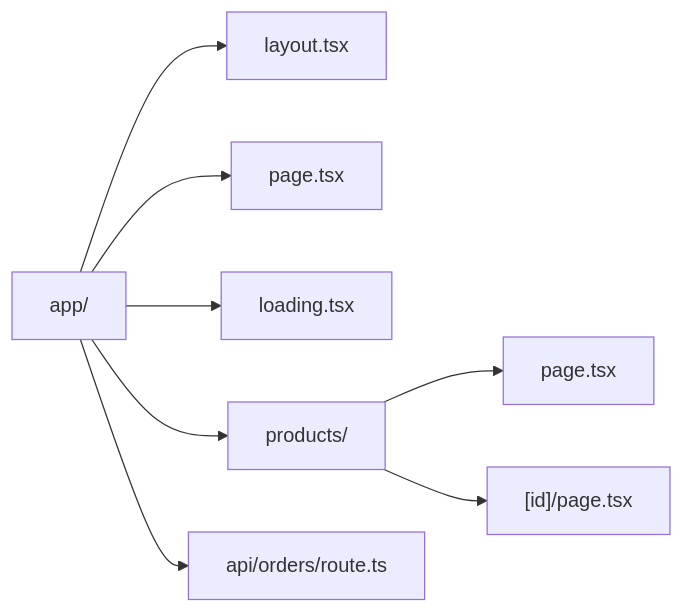
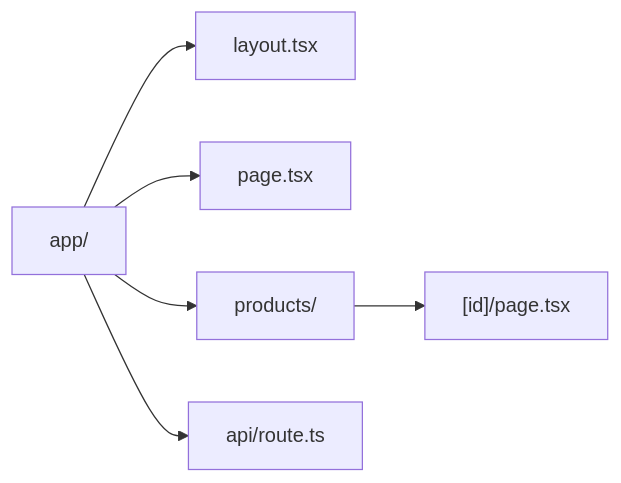
Before and after one commit to yjkim2015/yjkim2015.github.io: the second of 5 diagrams in _posts/frontend/2026-05-01-nextjs.md, drawn with Mermaid. The commit also changed other lines of this file and 163 other files, not shown here.

First line of the commit message:
Mermaid 300개 블록 내용 축소: 5노드 5엣지 이하, 의미 있는 약어

````diff
--- a/_posts/frontend/2026-05-01-nextjs.md
+++ b/_posts/frontend/2026-05-01-nextjs.md
@@ -52,10 +52,8 @@
 ```mermaid
-flowchart LR
+graph LR
     ROOT["app/"] --> LAYOUT["layout.tsx"]
     ROOT --> PAGE["page.tsx"]
-    ROOT --> LOADING["loading.tsx"]
     ROOT --> PRODUCTS["products/"]
-    ROOT --> API["api/orders/route.ts"]
-    PRODUCTS --> PROD_PAGE["page.tsx"]
     PRODUCTS --> DYN["[id]/page.tsx"]
+    ROOT --> API["api/route.ts"]
 ```
````
